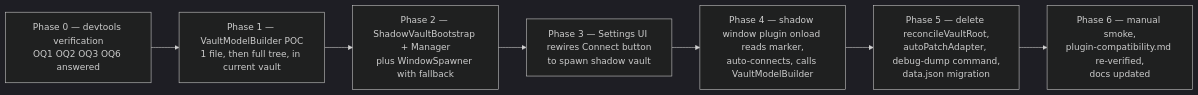
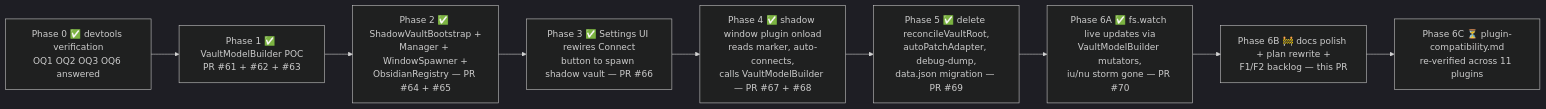
The second of 2 diagrams in docs/architecture-shadow-vault.md (sotashimozono/obsidian-remote-ssh), drawn with Mermaid (dark theme) before and after one commit. The commit also changed other lines of this file and 4 other files, not shown here.

````diff
--- a/docs/architecture-shadow-vault.md
+++ b/docs/architecture-shadow-vault.md
@@ -249,9 +293,11 @@
 ```mermaid
 flowchart LR
-    P0[Phase 0 — devtools verification<br/>OQ1 OQ2 OQ3 OQ6 answered] --> P1[Phase 1 — VaultModelBuilder POC<br/>1 file, then full tree, in current vault]
-    P1 --> P2[Phase 2 — ShadowVaultBootstrap + Manager<br/>plus WindowSpawner with fallback]
-    P2 --> P3[Phase 3 — Settings UI rewires Connect button<br/>to spawn shadow vault]
-    P3 --> P4[Phase 4 — shadow window plugin onload reads marker,<br/>auto-connects, calls VaultModelBuilder]
-    P4 --> P5[Phase 5 — delete reconcileVaultRoot,<br/>autoPatchAdapter, debug-dump command,<br/>data.json migration]
-    P5 --> P6[Phase 6 — manual smoke,<br/>plugin-compatibility.md re-verified,<br/>docs updated]
+    P0[Phase 0 ✅ devtools verification<br/>OQ1 OQ2 OQ3 OQ6 answered] --> P1[Phase 1 ✅ VaultModelBuilder POC<br/>PR #61 + #62 + #63]
+    P1 --> P2[Phase 2 ✅ ShadowVaultBootstrap +<br/>Manager + WindowSpawner +<br/>ObsidianRegistry — PR #64 + #65]
+    P2 --> P3[Phase 3 ✅ Settings UI rewires Connect<br/>button to spawn shadow vault — PR #66]
+    P3 --> P4[Phase 4 ✅ shadow window plugin onload<br/>reads marker, auto-connects,<br/>calls VaultModelBuilder — PR #67 + #68]
+    P4 --> P5[Phase 5 ✅ delete reconcileVaultRoot,<br/>autoPatchAdapter, debug-dump,<br/>data.json migration — PR #69]
+    P5 --> P6A[Phase 6A ✅ fs.watch live updates via<br/>VaultModelBuilder mutators,<br/>iu/nu storm gone — PR #70]
+    P6A --> P6B[Phase 6B 🚧 docs polish + plan rewrite +<br/>F1/F2 backlog — this PR]
+    P6B --> P6C[Phase 6C ⏳ plugin-compatibility.md<br/>re-verified across 11 plugins]
 ```
````
